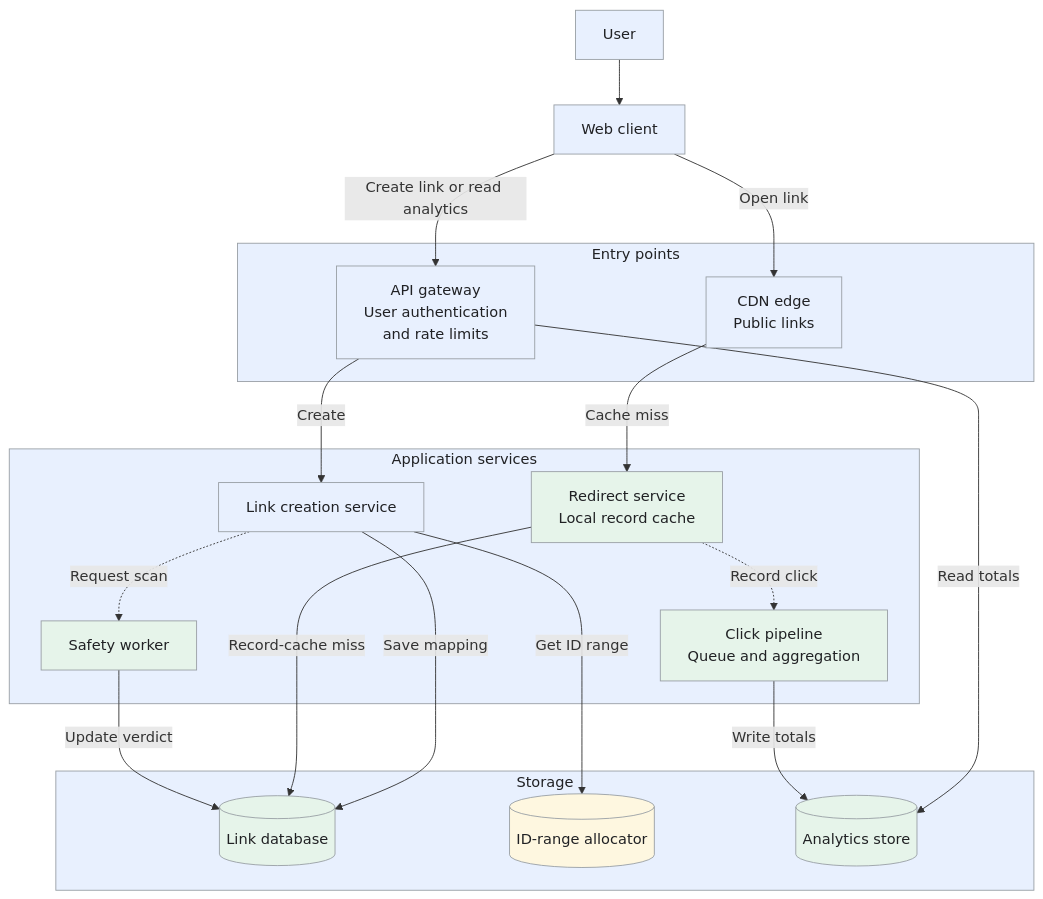
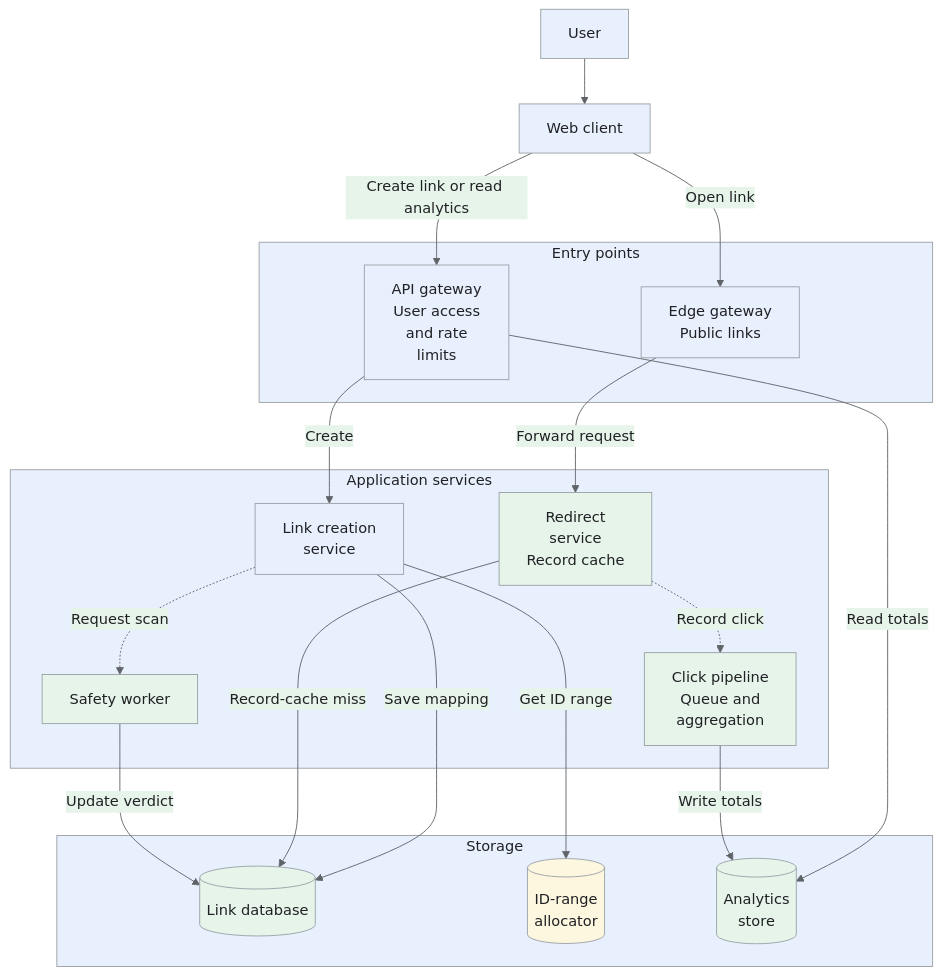
Before and after one commit to iliazlobin/iliazlobin.github.io: the first of 7 diagrams in _designs/system-design-bitly-url-shortener.md, drawn with Mermaid. The commit also changed other lines of this file and 116 other files, not shown here.

````diff
--- a/_designs/system-design-bitly-url-shortener.md
+++ b/_designs/system-design-bitly-url-shortener.md
@@ -169,40 +173,41 @@
 ```mermaid
+%%{init: {"theme":"base","themeVariables":{"primaryColor":"#e8f0fe","primaryBorderColor":"#9aa0a6","primaryTextColor":"#202124","secondaryColor":"#e6f4ea","tertiaryColor":"#fef7e0","lineColor":"#5f6368","actorBkg":"#e8f0fe","actorBorder":"#9aa0a6","actorTextColor":"#202124","noteBkgColor":"#fef7e0","noteBorderColor":"#9aa0a6","noteTextColor":"#202124","signalColor":"#5f6368","signalTextColor":"#202124"}}}%%
 flowchart TB
     User["User"] --> Web["Web client"]
     subgraph Entry["Entry points"]
-        CDN["CDN edge<br>Public links"]
-        API["API gateway<br>User authentication<br>and rate limits"]
+        CDN["Edge gateway<br>Public links"]
+        API["API gateway<br>User access<br>and rate<br>limits"]
     end
     subgraph Services["Application services"]
-        Shorten["Link creation service"]
-        Redirect["Redirect service<br>Local record cache"]
+        Shorten["Link creation<br>service"]
+        Redirect["Redirect<br>service<br>Record cache"]
         Safety["Safety worker"]
-        Clicks["Click pipeline<br>Queue and aggregation"]
+        Clicks["Click pipeline<br>Queue and<br>aggregation"]
     end
     subgraph Data["Storage"]
         Links[("Link database")]
-        Allocator[("ID-range allocator")]
-        Rollups[("Analytics store")]
+        Allocator[("ID-range<br>allocator")]
+        Rollups[("Analytics<br>store")]
     end
     Web -->|Open link| CDN
     Web -->|Create link or read analytics| API
-    CDN -->|Cache miss| Redirect
+    CDN -->|Forward request| Redirect
     API -->|Create| Shorten
     API -->|Read totals| Rollups
     Shorten -->|Get ID range| Allocator
     Shorten -->|Save mapping| Links
     Shorten -.->|Request scan| Safety
     Redirect -->|Record-cache miss| Links
     Redirect -.->|Record click| Clicks
     Clicks -->|Write totals| Rollups
     Safety -->|Update verdict| Links
   classDef request fill:#e8f0fe,stroke:#9aa0a6,color:#202124,stroke-width:1px
   classDef background fill:#e6f4ea,stroke:#9aa0a6,color:#202124,stroke-width:1px
   classDef control fill:#fef7e0,stroke:#9aa0a6,color:#202124,stroke-width:1px
   class User,Web,CDN,API,Shorten request
   class Redirect,Safety,Clicks,Links,Rollups background
   class Allocator control
   style Entry fill:#e8f0fe,stroke:#9aa0a6,color:#202124,stroke-width:1px
   style Services fill:#e8f0fe,stroke:#9aa0a6,color:#202124,stroke-width:1px
   style Data fill:#e8f0fe,stroke:#9aa0a6,color:#202124,stroke-width:1px
 ```
````
